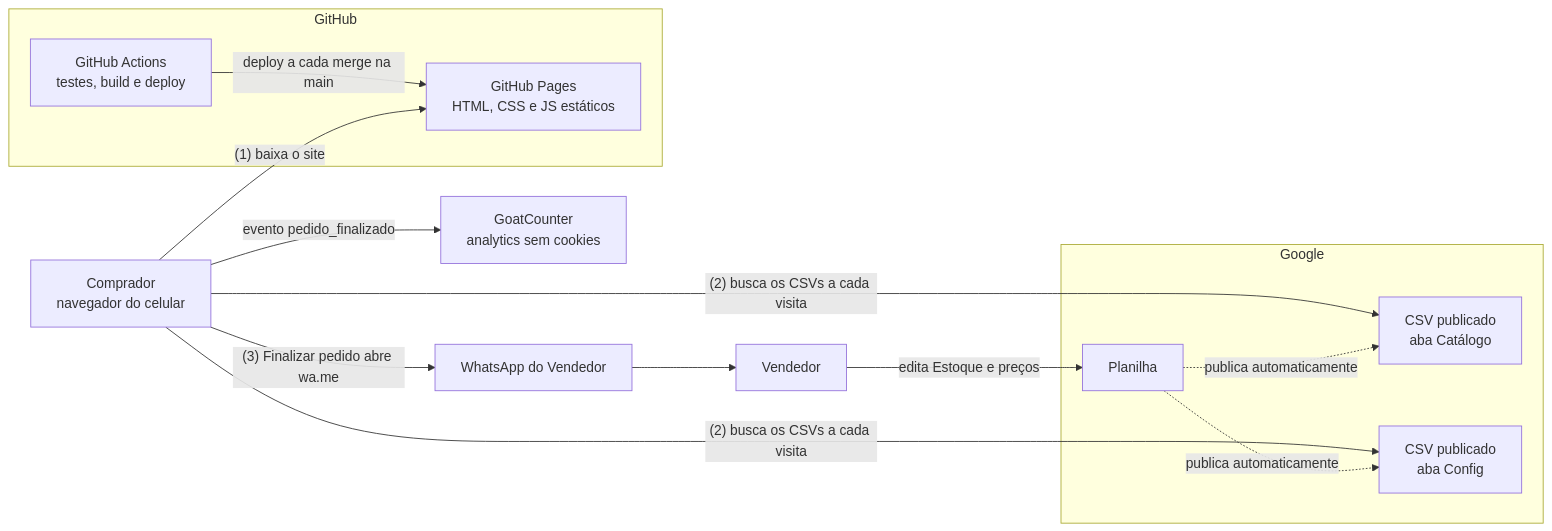
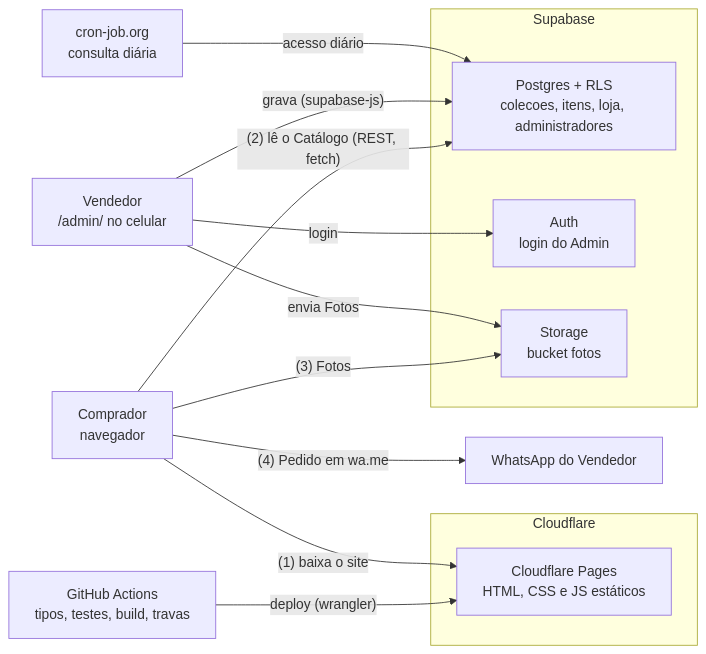
One commit to EduardoFedeli/albummania changed the first of 2 diagrams in docs/system-design.md. Above: the diagram before and after it, drawn with Mermaid. The commit also changed other lines of this file and 6 other files, not shown here.

````diff
--- a/docs/system-design.md
+++ b/docs/system-design.md
@@ -59,27 +50,27 @@
 ```mermaid
 flowchart LR
-  C["Comprador<br/>navegador do celular"]
-  V["Vendedor"]
+  C["Comprador<br/>navegador"]
+  V["Vendedor<br/>/admin/ no celular"]
   W["WhatsApp do Vendedor"]
-  GC["GoatCounter<br/>analytics sem cookies"]
+  K["cron-job.org<br/>consulta diária"]
 
-  subgraph GitHub
-    GA["GitHub Actions<br/>testes, build e deploy"]
-    GH["GitHub Pages<br/>HTML, CSS e JS estáticos"]
+  subgraph Cloudflare
+    CP["Cloudflare Pages<br/>HTML, CSS e JS estáticos"]
   end
 
-  subgraph Google
-    P["Planilha"]
-    CSV1["CSV publicado<br/>aba Catálogo"]
-    CSV2["CSV publicado<br/>aba Config"]
+  subgraph Supabase
+    DB["Postgres + RLS<br/>colecoes, itens, loja, administradores"]
+    AU["Auth<br/>login do Admin"]
+    ST["Storage<br/>bucket fotos"]
   end
 
-  GA -- "deploy a cada merge na main" --> GH
-  C -- "(1) baixa o site" --> GH
-  C -- "(2) busca os CSVs a cada visita" --> CSV1 & CSV2
-  P -. "publica automaticamente" .-> CSV1 & CSV2
-  V -- "edita Estoque e preços" --> P
-  C -- "(3) Finalizar pedido abre wa.me" --> W
-  C -- "evento pedido_finalizado" --> GC
-  W --> V
+  GA["GitHub Actions<br/>tipos, testes, build, travas"] -- "deploy (wrangler)" --> CP
+  C -- "(1) baixa o site" --> CP
+  C -- "(2) lê o Catálogo (REST, fetch)" --> DB
+  C -- "(3) Fotos" --> ST
+  C -- "(4) Pedido em wa.me" --> W
+  V -- "login" --> AU
+  V -- "grava (supabase-js)" --> DB
+  V -- "envia Fotos" --> ST
+  K -- "acesso diário" --> DB
 ```
````
